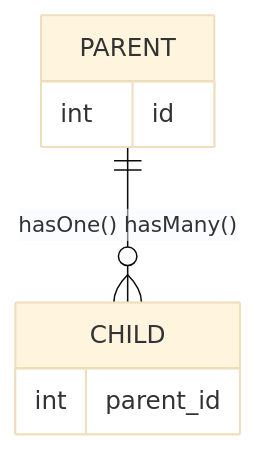
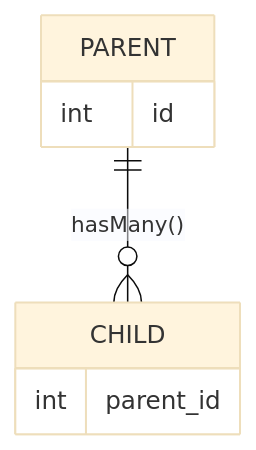
One commit to judgej/laravel-stuff changed the diagram in one-to-many.mermaid. Above: the diagram before and after it, drawn with Mermaid (base theme).

```diff
--- a/one-to-many.mermaid
+++ b/one-to-many.mermaid
@@ -1,8 +1,8 @@
 erDiagram
-    PARENT ||--o{ CHILD : "hasOne() hasMany()"
+    PARENT ||--o{ CHILD : "hasMany()"
     CHILD {
         int parent_id
     }
     PARENT {
         int id
     }
```
